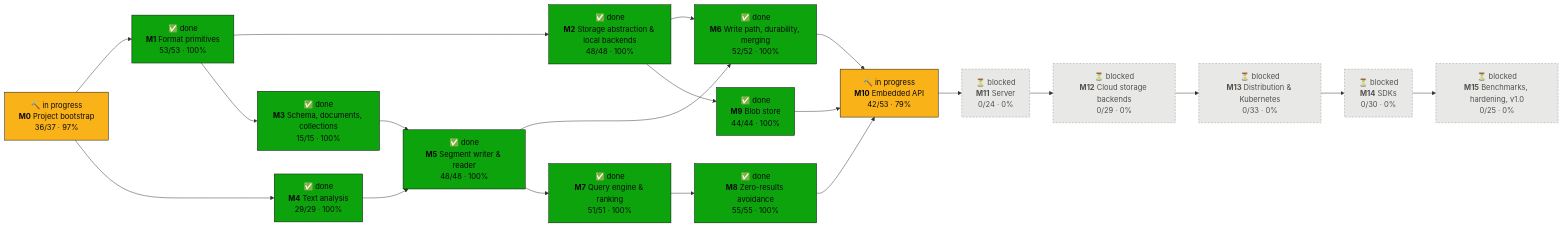
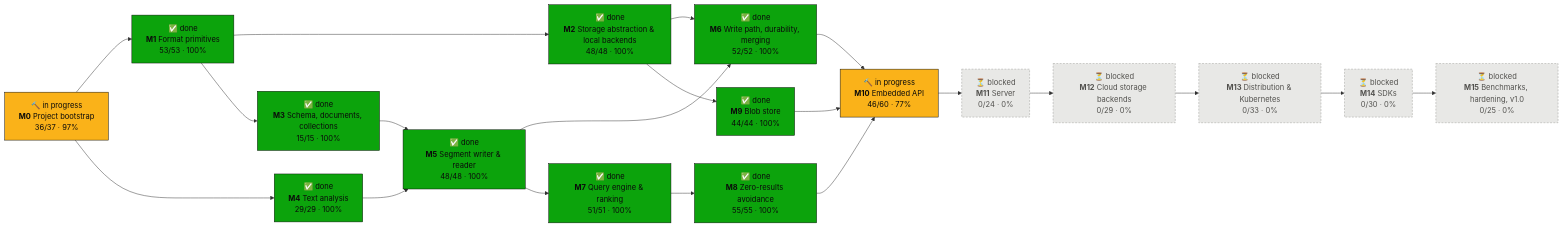
The first of 2 diagrams in PROGRESS.md (tomiok/persiaDB), drawn with Mermaid before and after one commit. The commit also changed other lines of this file and 43 other files, not shown here.

First line of the commit message:
Guides against the public API, doctests outside persia, rustdoc fence rules, default-feature lint (ROADMAP 10.1.40, 10.1.41, 10.1.42, 10.1.43) (#140)

````diff
--- a/PROGRESS.md
+++ b/PROGRESS.md
@@ -16,42 +16,42 @@
 ```mermaid
 flowchart LR
   M0["🔨 in progress<br/><b>M0</b> Project bootstrap<br/>36/37 · 97%"]:::doing
   M1["✅ done<br/><b>M1</b> Format primitives<br/>53/53 · 100%"]:::done
   M2["✅ done<br/><b>M2</b> Storage abstraction & local backends<br/>48/48 · 100%"]:::done
   M3["✅ done<br/><b>M3</b> Schema, documents, collections<br/>15/15 · 100%"]:::done
   M4["✅ done<br/><b>M4</b> Text analysis<br/>29/29 · 100%"]:::done
   M5["✅ done<br/><b>M5</b> Segment writer & reader<br/>48/48 · 100%"]:::done
   M6["✅ done<br/><b>M6</b> Write path, durability, merging<br/>52/52 · 100%"]:::done
   M7["✅ done<br/><b>M7</b> Query engine & ranking<br/>51/51 · 100%"]:::done
   M8["✅ done<br/><b>M8</b> Zero-results avoidance<br/>55/55 · 100%"]:::done
   M9["✅ done<br/><b>M9</b> Blob store<br/>44/44 · 100%"]:::done
-  M10["🔨 in progress<br/><b>M10</b> Embedded API<br/>42/53 · 79%"]:::doing
+  M10["🔨 in progress<br/><b>M10</b> Embedded API<br/>46/60 · 77%"]:::doing
   M11["⏳ blocked<br/><b>M11</b> Server<br/>0/24 · 0%"]:::blocked
   M12["⏳ blocked<br/><b>M12</b> Cloud storage backends<br/>0/29 · 0%"]:::blocked
   M13["⏳ blocked<br/><b>M13</b> Distribution & Kubernetes<br/>0/33 · 0%"]:::blocked
   M14["⏳ blocked<br/><b>M14</b> SDKs<br/>0/30 · 0%"]:::blocked
   M15["⏳ blocked<br/><b>M15</b> Benchmarks, hardening, v1.0<br/>0/25 · 0%"]:::blocked
   M0 --> M1
   M1 --> M2
   M1 --> M3
   M0 --> M4
   M3 --> M5
   M4 --> M5
   M2 --> M6
   M5 --> M6
   M5 --> M7
   M7 --> M8
   M2 --> M9
   M6 --> M10
   M8 --> M10
   M9 --> M10
   M10 --> M11
   M11 --> M12
   M12 --> M13
   M13 --> M14
   M14 --> M15
   classDef done fill:#0ca30c,stroke:#0b0b0b,color:#0b0b0b
   classDef doing fill:#fab219,stroke:#0b0b0b,color:#0b0b0b
   classDef ready fill:#fcfcfb,stroke:#0b0b0b,stroke-width:2px,color:#0b0b0b
   classDef blocked fill:#e8e8e6,stroke:#9a9a96,stroke-dasharray:4 3,color:#52514e
 ```
````
